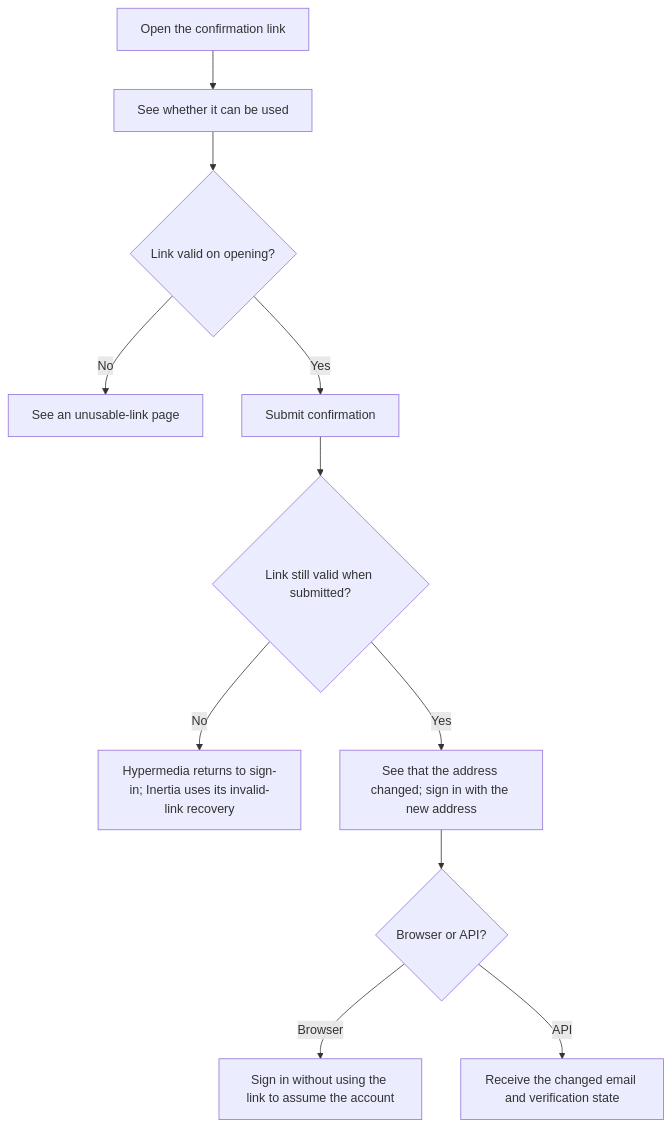
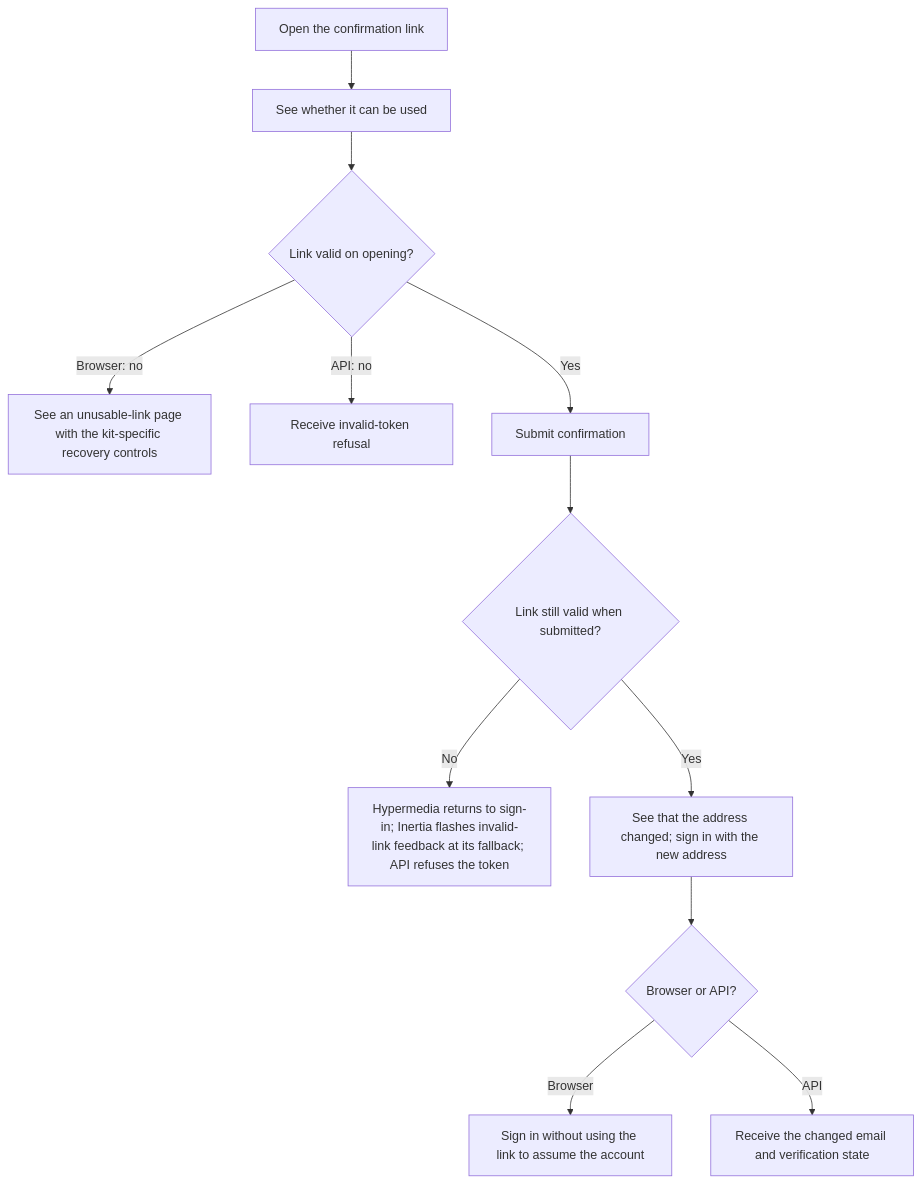
One commit to Kevinjohn/oss-adonisjs-starter-examples changed the first of 2 diagrams in user-stories/accounts/us-account-07-confirm-email-change.md. Above: the diagram before and after it, drawn with Mermaid. The commit also changed other lines of this file and 22 other files, not shown here.

Commit message:
docs: reconcile browser recovery and protected journeys

````diff
--- a/user-stories/accounts/us-account-07-confirm-email-change.md
+++ b/user-stories/accounts/us-account-07-confirm-email-change.md
@@ -21,13 +24,14 @@
 ```mermaid
 flowchart TD
     A["Open the confirmation link"] --> B["See whether it can be used"]
     B --> C{"Link valid on opening?"}
-    C -->|No| D["See an unusable-link page"]
+    C -->|Browser: no| D["See an unusable-link page with the kit-specific recovery controls"]
+    C -->|API: no| L["Receive invalid-token refusal"]
     C -->|Yes| E["Submit confirmation"]
     E --> F{"Link still valid when submitted?"}
-    F -->|No| G["Hypermedia returns to sign-in; Inertia uses its invalid-link recovery"]
+    F -->|No| G["Hypermedia returns to sign-in; Inertia flashes invalid-link feedback at its fallback; API refuses the token"]
     F -->|Yes| H["See that the address changed; sign in with the new address"]
     H --> I{"Browser or API?"}
     I -->|Browser| J["Sign in without using the link to assume the account"]
     I -->|API| K["Receive the changed email and verification state"]
 ```
````
